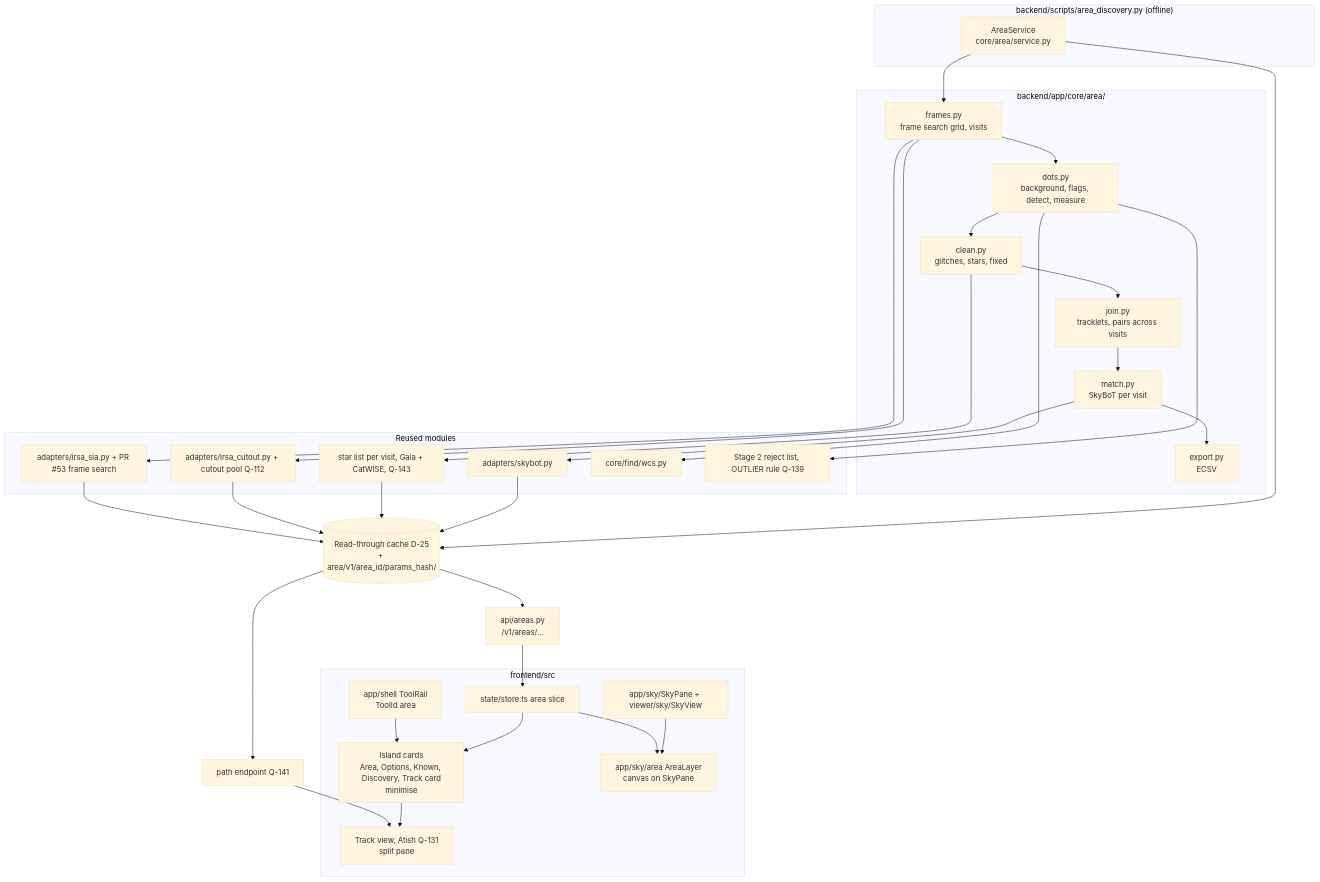
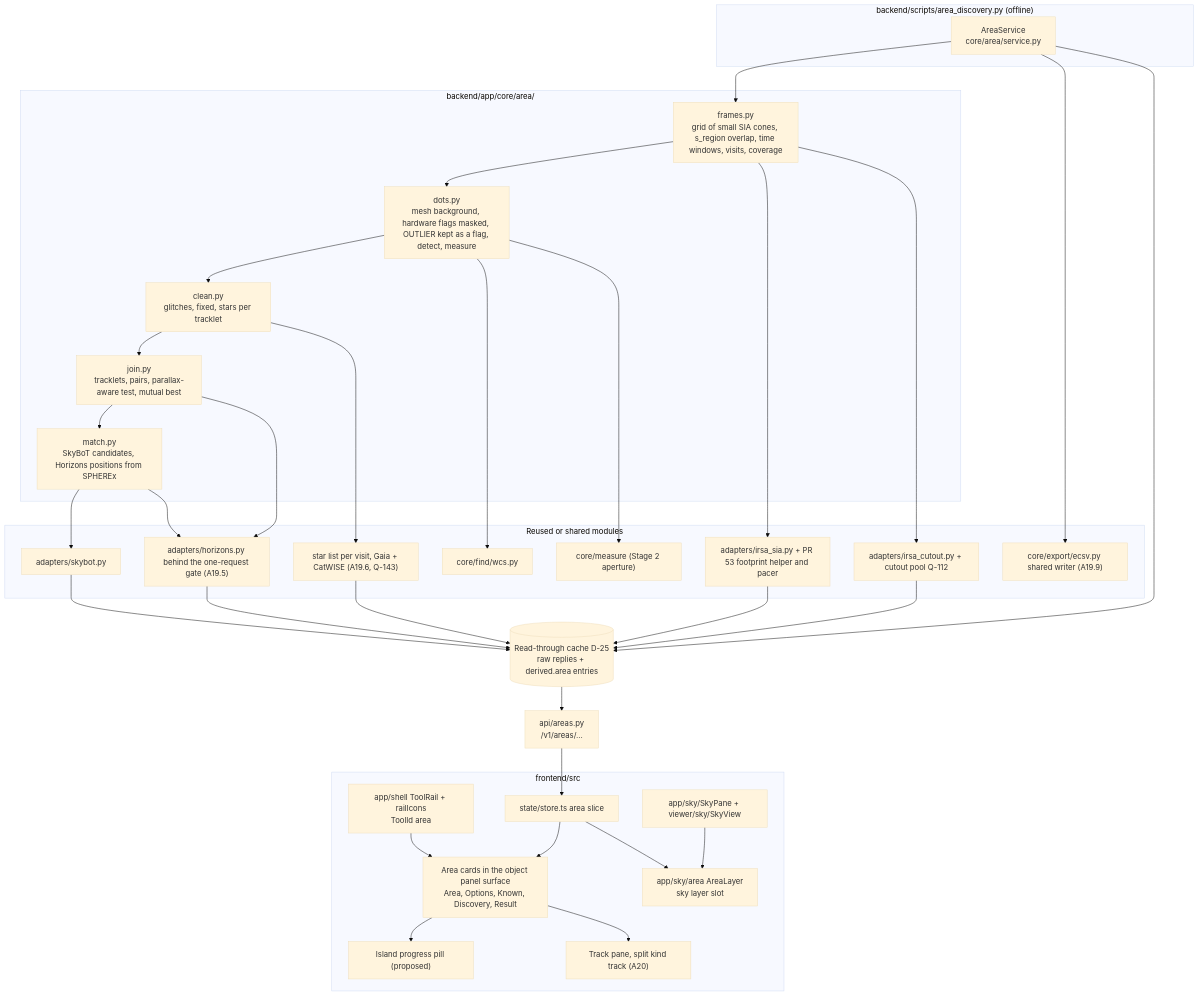
Before and after one commit to 0ffrian/SphereX: the first of 3 diagrams in docs/uml/22-area-search.md, drawn with Mermaid (base theme). The commit also changed other lines of this file and 7 other files, not shown here.

First line of the commit message:
docs(moving-objects): fix Area search A16-A18, add Track A19/A20 and UML 23

````diff
--- a/docs/uml/22-area-search.md
+++ b/docs/uml/22-area-search.md
@@ -7,54 +7,58 @@
 ```mermaid
 flowchart TB
   subgraph Script["backend/scripts/area_discovery.py (offline)"]
-    SVC[AreaService<br/>core/area/service.py]
+    SVC["AreaService<br/>core/area/service.py"]
   end
   subgraph Core["backend/app/core/area/"]
-    FRM[frames.py<br/>frame search grid, visits]
-    DOT[dots.py<br/>background, flags, detect, measure]
-    CLN[clean.py<br/>glitches, stars, fixed]
-    JON[join.py<br/>tracklets, pairs across visits]
-    MAT[match.py<br/>SkyBoT per visit]
-    EXP[export.py<br/>ECSV]
+    FRM["frames.py<br/>grid of small SIA cones, s_region overlap, time windows, visits, coverage"]
+    DOT["dots.py<br/>mesh background, hardware flags masked, OUTLIER kept as a flag, detect, measure"]
+    CLN["clean.py<br/>glitches, fixed, stars per tracklet"]
+    JON["join.py<br/>tracklets, pairs, parallax-aware test, mutual best"]
+    MAT["match.py<br/>SkyBoT candidates, Horizons positions from SPHEREx"]
   end
-  subgraph Reused["Reused modules"]
-    SIA[adapters/irsa_sia.py + PR #53 frame search]
-    CUT[adapters/irsa_cutout.py + cutout pool Q-112]
-    STAR[star list per visit, Gaia + CatWISE, Q-143]
-    SKB[adapters/skybot.py]
-    WCS[core/find/wcs.py]
-    FLG[Stage 2 reject list, OUTLIER rule Q-139]
+  subgraph Reused["Reused or shared modules"]
+    SIA["adapters/irsa_sia.py + PR 53 footprint helper and pacer"]
+    CUT["adapters/irsa_cutout.py + cutout pool Q-112"]
+    MEAS["core/measure (Stage 2 aperture)"]
+    STAR["star list per visit, Gaia + CatWISE (A19.6, Q-143)"]
+    SKB["adapters/skybot.py"]
+    HOR["adapters/horizons.py behind the one-request gate (A19.5)"]
+    WCS["core/find/wcs.py"]
+    ECSV["core/export/ecsv.py shared writer (A19.9)"]
   end
-  CACHE[(Read-through cache D-25<br/>+ area/v1/area_id/params_hash/)]
-  API[api/areas.py<br/>/v1/areas/...]
-  PATH[path endpoint Q-141]
+  CACHE[("Read-through cache D-25<br/>raw replies + derived.area entries")]
+  API["api/areas.py<br/>/v1/areas/..."]
   subgraph FE["frontend/src"]
-    RAIL[app/shell ToolRail<br/>ToolId area]
-    ISL[Island cards<br/>Area, Options, Known, Discovery, Track card<br/>minimise]
-    LAYER[app/sky/area AreaLayer<br/>canvas on SkyPane]
-    STORE[state/store.ts area slice]
-    TRK[Track view, Atish Q-131<br/>split pane]
-    SKY[app/sky/SkyPane + viewer/sky/SkyView]
+    RAIL["app/shell ToolRail + railIcons<br/>ToolId area"]
+    CARDS["Area cards in the object panel surface<br/>Area, Options, Known, Discovery, Result"]
+    ISL["Island progress pill (proposed)"]
+    LAYER["app/sky/area AreaLayer<br/>sky layer slot"]
+    STORE["state/store.ts area slice"]
+    TRK["Track pane, split kind track (A20)"]
+    SKY["app/sky/SkyPane + viewer/sky/SkyView"]
   end
-  SVC --> FRM --> DOT --> CLN --> JON --> MAT --> EXP
+  SVC --> FRM --> DOT --> CLN --> JON --> MAT
+  SVC --> ECSV
   FRM --> SIA
   FRM --> CUT
   DOT --> WCS
-  DOT --> FLG
+  DOT --> MEAS
   CLN --> STAR
+  JON --> HOR
   MAT --> SKB
+  MAT --> HOR
   SIA --> CACHE
   CUT --> CACHE
   STAR --> CACHE
   SKB --> CACHE
+  HOR --> CACHE
   SVC --> CACHE
   CACHE --> API
-  CACHE --> PATH
   API --> STORE
-  PATH --> TRK
-  RAIL --> ISL
-  STORE --> ISL
+  RAIL --> CARDS
+  STORE --> CARDS
+  CARDS --> ISL
   STORE --> LAYER
   SKY --> LAYER
-  ISL --> TRK
+  CARDS --> TRK
 ```
````
